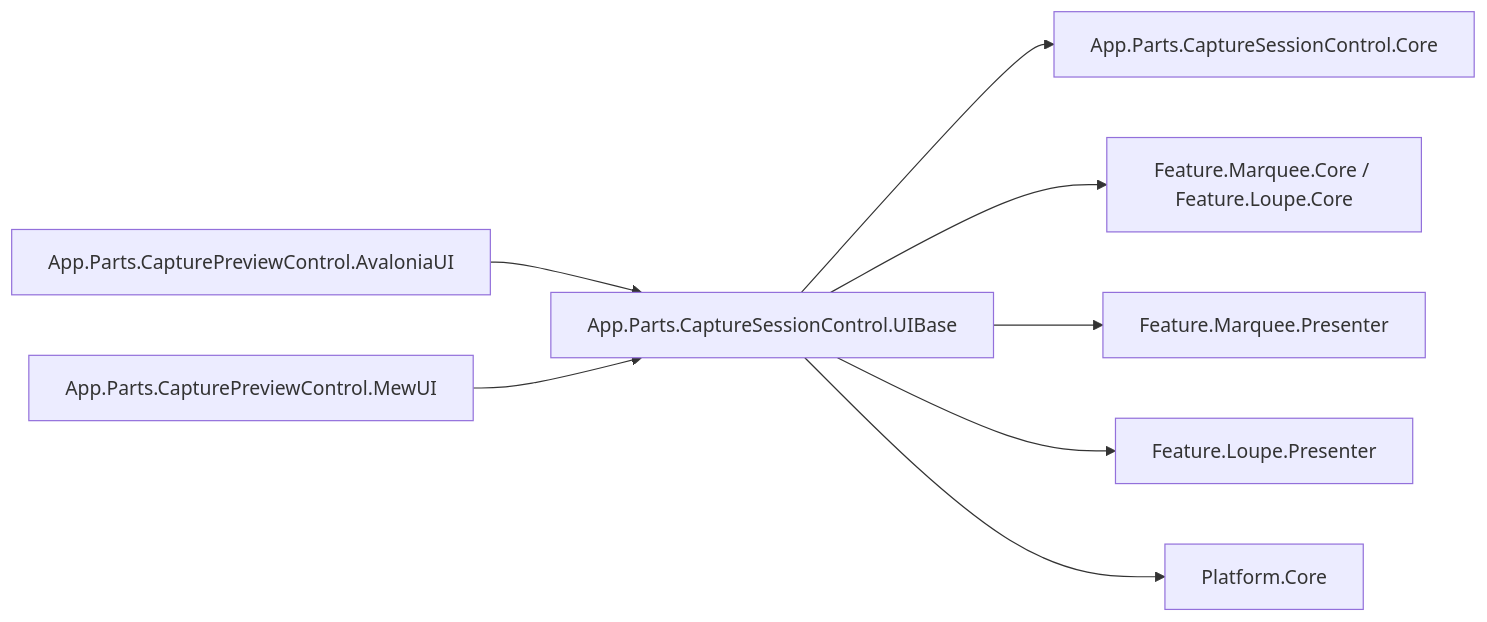
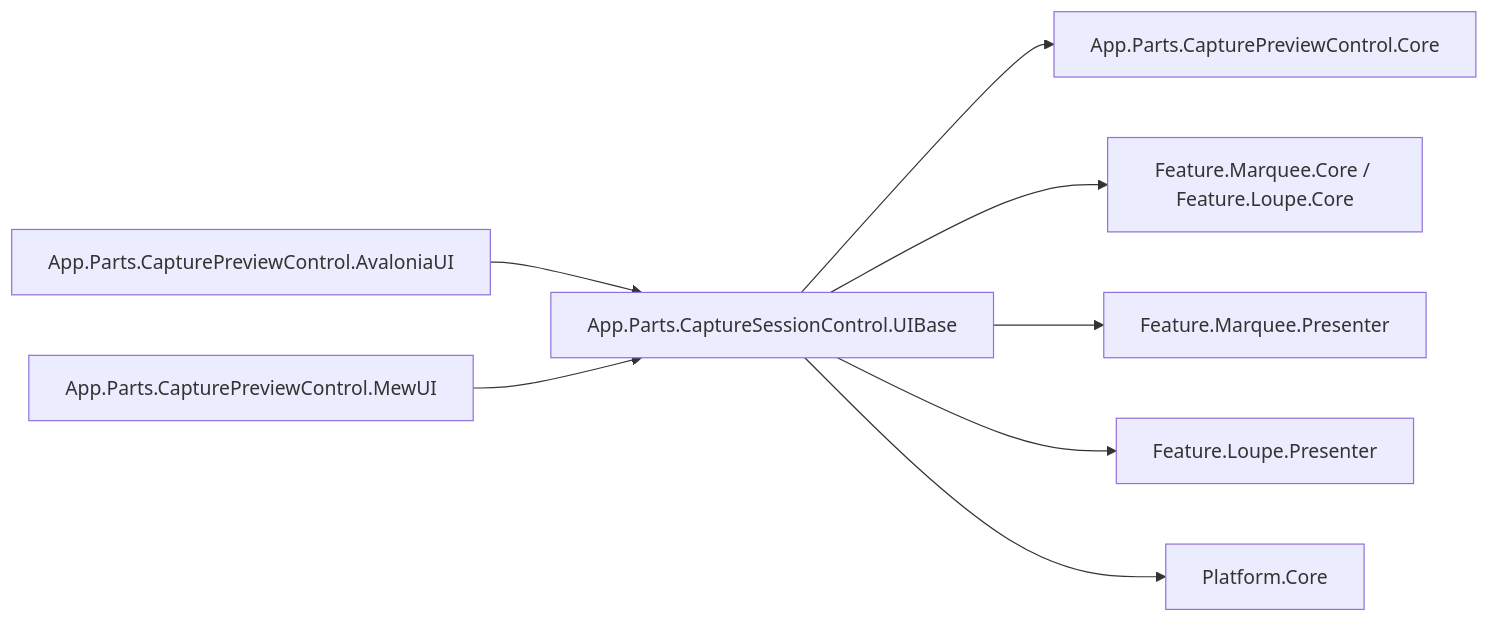
Before and after one commit to tomokuni/SaveEvidence: the first of 3 diagrams in src/App.Parts.CaptureSessionControl.UIBase/SPEC_System.md, drawn with Mermaid. The commit also changed other lines of this file and 279 other files, not shown here.

````diff
--- a/src/App.Parts.CaptureSessionControl.UIBase/SPEC_System.md
+++ b/src/App.Parts.CaptureSessionControl.UIBase/SPEC_System.md
@@ -29,10 +29,10 @@
 ```mermaid
 graph LR
   A[App.Parts.CapturePreviewControl.AvaloniaUI] --> U[App.Parts.CaptureSessionControl.UIBase]
   B[App.Parts.CapturePreviewControl.MewUI] --> U
-  U --> C[App.Parts.CaptureSessionControl.Core]
+  U --> C[App.Parts.CapturePreviewControl.Core]
   U --> MC[Feature.Marquee.Core / Feature.Loupe.Core]
   U --> M[Feature.Marquee.Presenter]
   U --> L[Feature.Loupe.Presenter]
   U --> P[Platform.Core]
 ```
````
